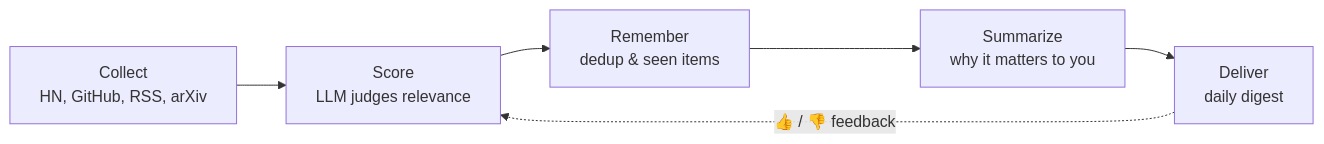
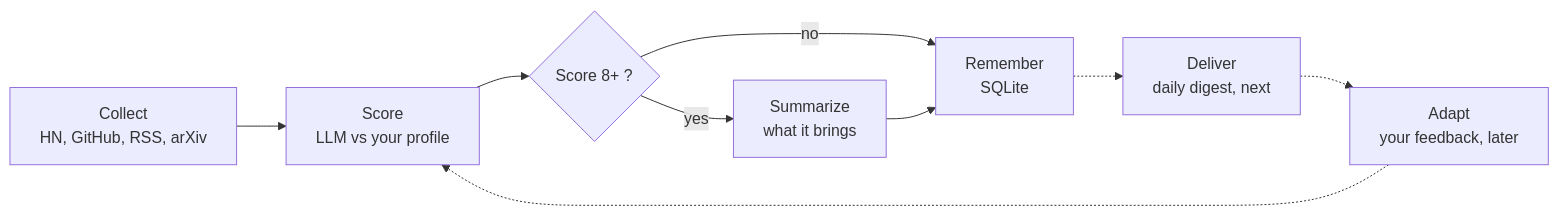
The diagram in README.md (AntoineRb/tech_radar_agent), drawn with Mermaid before and after one commit. The commit also changed other lines of this file and 3 other files, not shown here.

````diff
--- a/README.md
+++ b/README.md
@@ -17,8 +69,11 @@
 ```mermaid
 flowchart LR
-    A["Collect<br/>HN, GitHub, RSS, arXiv"] --> B["Score<br/>LLM judges relevance"]
-    B --> C["Remember<br/>dedup & seen items"]
-    C --> D["Summarize<br/>why it matters to you"]
-    D --> E["Deliver<br/>daily digest"]
-    E -. "👍 / 👎 feedback" .-> B
+    A["Collect<br/>HN, GitHub, RSS, arXiv"] --> B["Score<br/>LLM vs your profile"]
+    B --> C{"Score 8+ ?"}
+    C -- "yes" --> D["Summarize<br/>what it brings"]
+    C -- "no" --> M["Remember<br/>SQLite"]
+    D --> M
+    M -.-> E["Deliver<br/>daily digest, next"]
+    E -.-> F["Adapt<br/>your feedback, later"]
+    F -.-> B
 ```
````
